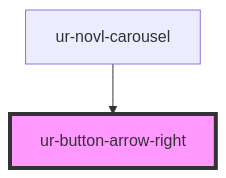
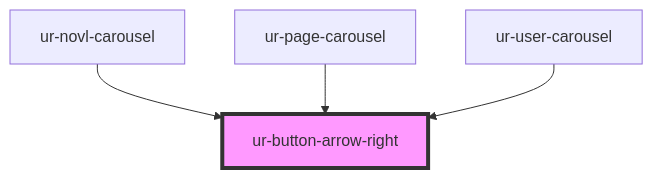
The diagram in src/components/ur-button-arrow-right/readme.md (hellish/urnovl-web-components), drawn with Mermaid before and after one commit. The commit also changed other lines of this file and 24 other files, not shown here.

Commit message:
Updates on Page, User, UserCarousel, PageCarousel components

````diff
--- a/src/components/ur-button-arrow-right/readme.md
+++ b/src/components/ur-button-arrow-right/readme.md
@@ -29,5 +31,7 @@
 ```mermaid
 graph TD;
   ur-novl-carousel --> ur-button-arrow-right
+  ur-page-carousel --> ur-button-arrow-right
+  ur-user-carousel --> ur-button-arrow-right
   style ur-button-arrow-right fill:#f9f,stroke:#333,stroke-width:4px
 ```
````
